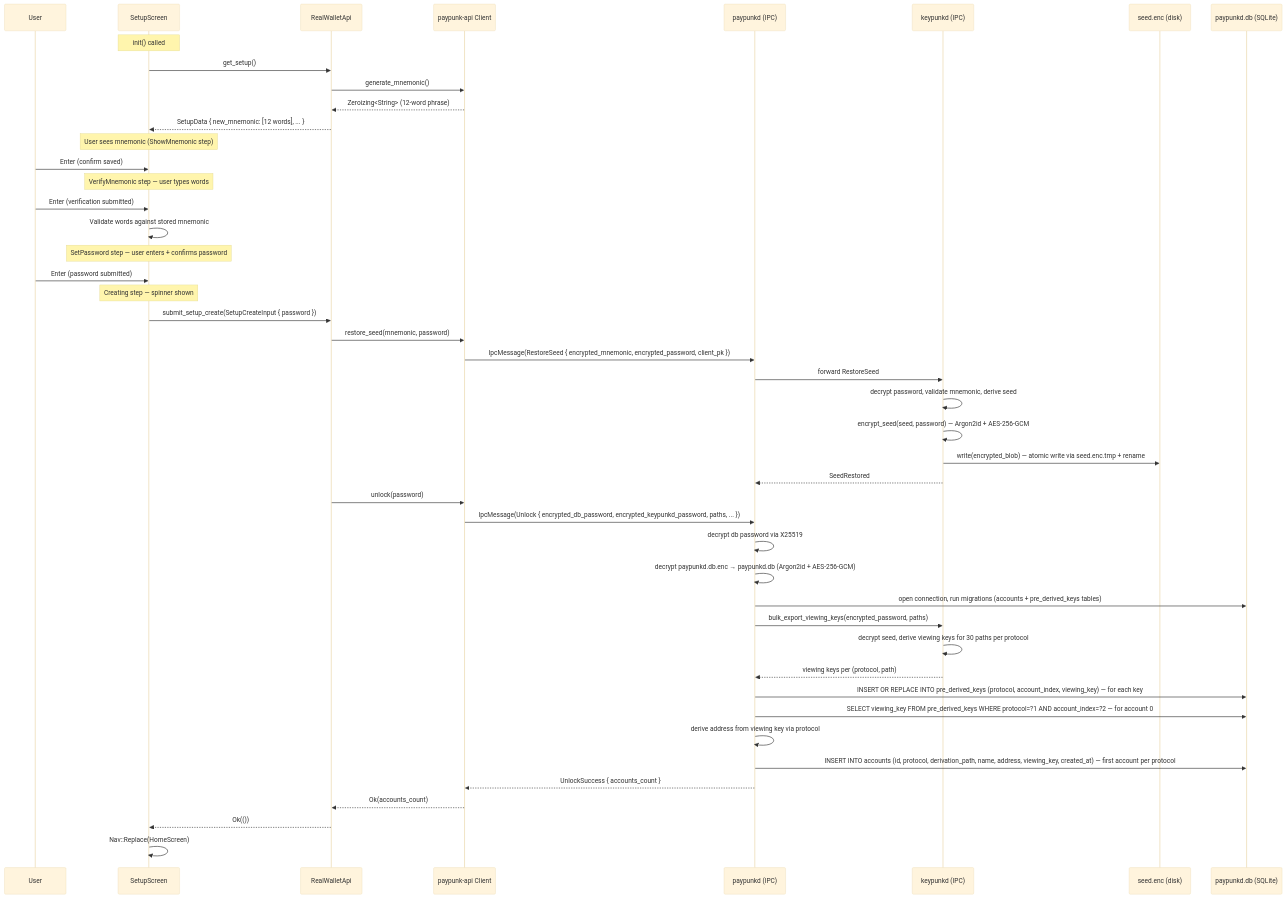
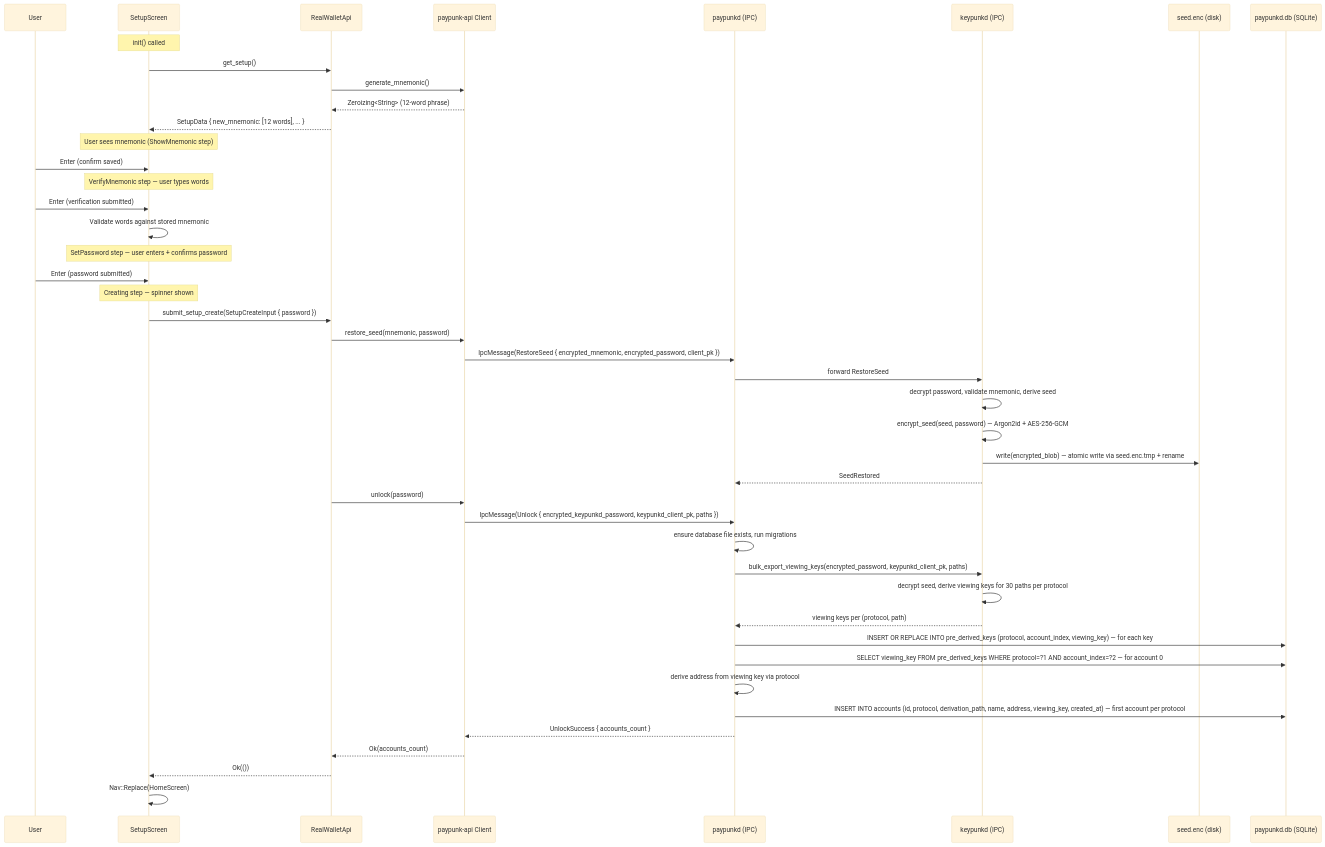
One commit to blockhackersio/paypunk changed the first of 2 diagrams in docs/usecases/01-setup.md. Above: the diagram before and after it, drawn with Mermaid (base theme). The commit also changed other lines of this file and 9 other files, not shown here.

````diff
--- a/docs/usecases/01-setup.md
+++ b/docs/usecases/01-setup.md
@@ -9,56 +9,54 @@
 ```mermaid
 sequenceDiagram
     participant U as User
     participant TUI as SetupScreen
     participant API as RealWalletApi
     participant Client as paypunk-api Client
     participant paypunkd as paypunkd (IPC)
     participant keypunkd as keypunkd (IPC)
     participant SeedFile as seed.enc (disk)
     participant SQLite as paypunkd.db (SQLite)
 
     Note over TUI: init() called
     TUI->>API: get_setup()
     API->>Client: generate_mnemonic()
     Client-->>API: Zeroizing<String> (12-word phrase)
     API-->>TUI: SetupData { new_mnemonic: [12 words], ... }
 
     Note over TUI: User sees mnemonic (ShowMnemonic step)
 
     U->>TUI: Enter (confirm saved)
     Note over TUI: VerifyMnemonic step — user types words #4, #8, #12
 
     U->>TUI: Enter (verification submitted)
     TUI->>TUI: Validate words against stored mnemonic
     Note over TUI: SetPassword step — user enters + confirms password
 
     U->>TUI: Enter (password submitted)
     Note over TUI: Creating step — spinner shown
 
     TUI->>API: submit_setup_create(SetupCreateInput { password })
     API->>Client: restore_seed(mnemonic, password)
     Client->>paypunkd: IpcMessage(RestoreSeed { encrypted_mnemonic, encrypted_password, client_pk })
     paypunkd->>keypunkd: forward RestoreSeed
     keypunkd->>keypunkd: decrypt password, validate mnemonic, derive seed
     keypunkd->>keypunkd: encrypt_seed(seed, password) — Argon2id + AES-256-GCM
     keypunkd->>SeedFile: write(encrypted_blob) — atomic write via seed.enc.tmp + rename
     keypunkd-->>paypunkd: SeedRestored
 
     API->>Client: unlock(password)
-    Client->>paypunkd: IpcMessage(Unlock { encrypted_db_password, encrypted_keypunkd_password, paths, ... })
-    paypunkd->>paypunkd: decrypt db password via X25519
-    paypunkd->>paypunkd: decrypt paypunkd.db.enc → paypunkd.db (Argon2id + AES-256-GCM)
-    paypunkd->>SQLite: open connection, run migrations (accounts + pre_derived_keys tables)
-    paypunkd->>keypunkd: bulk_export_viewing_keys(encrypted_password, paths)
+    Client->>paypunkd: IpcMessage(Unlock { encrypted_keypunkd_password, keypunkd_client_pk, paths })
+    paypunkd->>paypunkd: ensure database file exists, run migrations
+    paypunkd->>keypunkd: bulk_export_viewing_keys(encrypted_password, keypunkd_client_pk, paths)
     keypunkd->>keypunkd: decrypt seed, derive viewing keys for 30 paths per protocol
     keypunkd-->>paypunkd: viewing keys per (protocol, path)
     paypunkd->>SQLite: INSERT OR REPLACE INTO pre_derived_keys (protocol, account_index, viewing_key) — for each key
     paypunkd->>SQLite: SELECT viewing_key FROM pre_derived_keys WHERE protocol=?1 AND account_index=?2 — for account 0
     paypunkd->>paypunkd: derive address from viewing key via protocol
     paypunkd->>SQLite: INSERT INTO accounts (id, protocol, derivation_path, name, address, viewing_key, created_at) — first account per protocol
     paypunkd-->>Client: UnlockSuccess { accounts_count }
     Client-->>API: Ok(accounts_count)
     API-->>TUI: Ok(())
 
     TUI->>TUI: Nav::Replace(HomeScreen)
 ```
````
